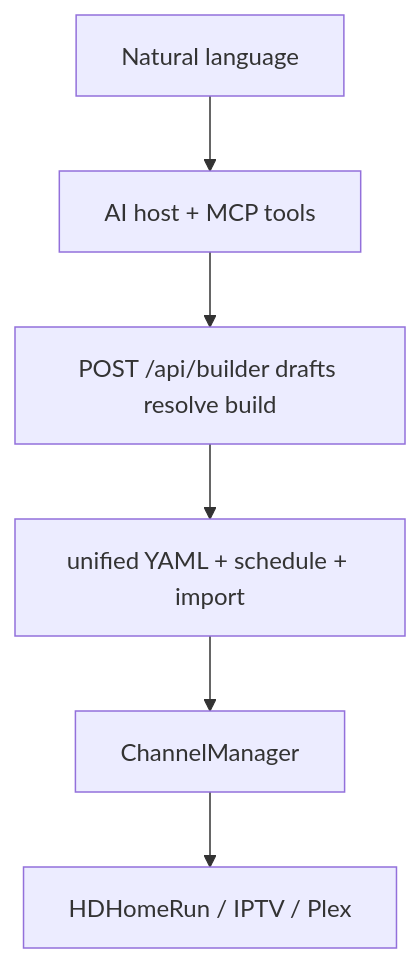
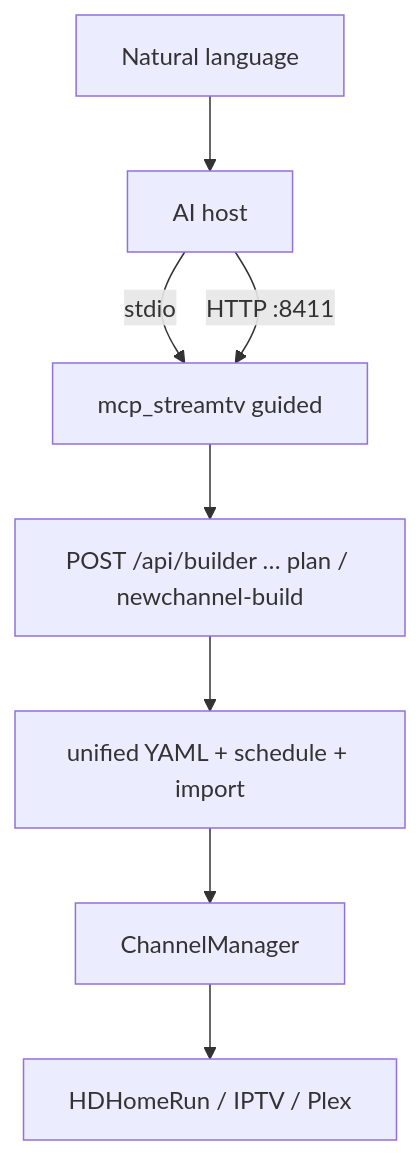
The eighth of 9 diagrams in ARCHITECTURE.md (roto31/StreamTV), drawn with Mermaid before and after one commit. The commit also changed other lines of this file and 101 other files, not shown here.

````diff
--- a/ARCHITECTURE.md
+++ b/ARCHITECTURE.md
@@ -251,8 +256,10 @@
 ```mermaid
 flowchart TD
-  NL["Natural language"] --> Host["AI host + MCP tools"]
-  Host --> Builder["POST /api/builder drafts resolve build"]
+  NL["Natural language"] --> Host["AI host"]
+  Host -->|stdio| MCP["mcp_streamtv guided"]
+  Host -->|HTTP :8411| MCP
+  MCP --> Builder["POST /api/builder … plan / newchannel-build"]
   Builder --> Artifacts["unified YAML + schedule + import"]
   Artifacts --> CM["ChannelManager"]
   CM --> Clients["HDHomeRun / IPTV / Plex"]
 ```
````
